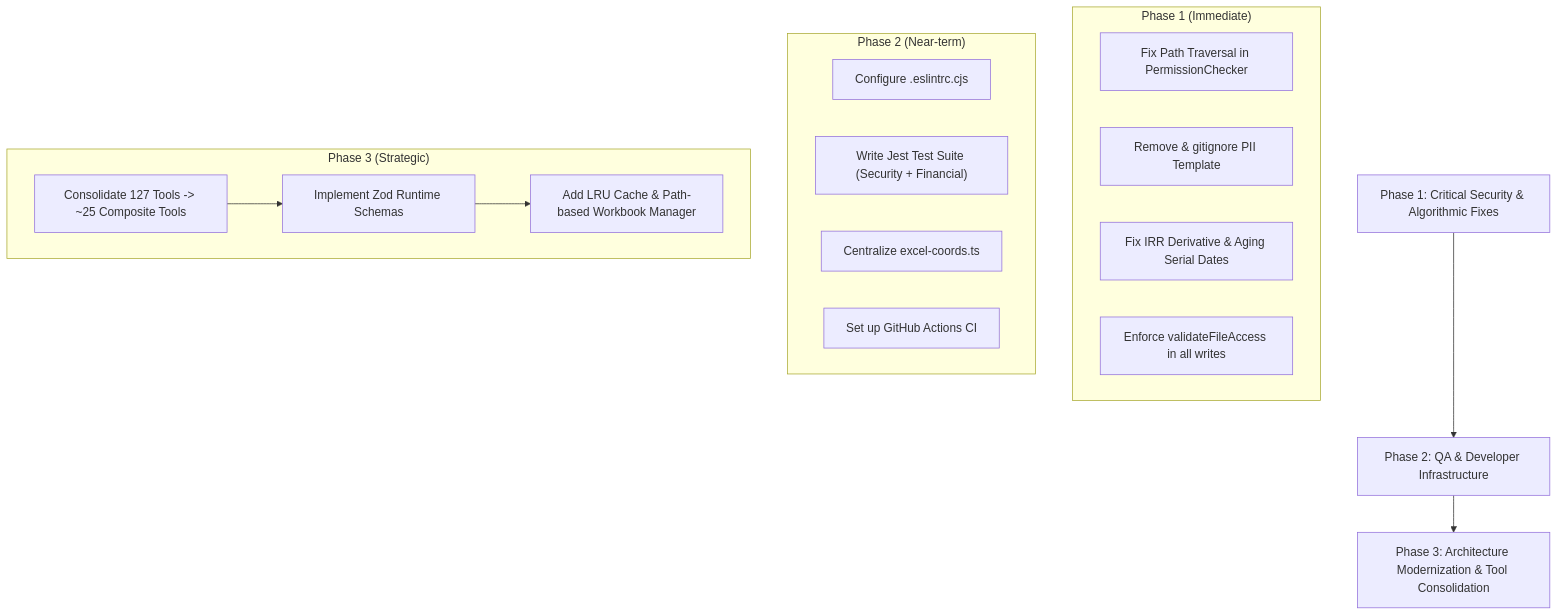
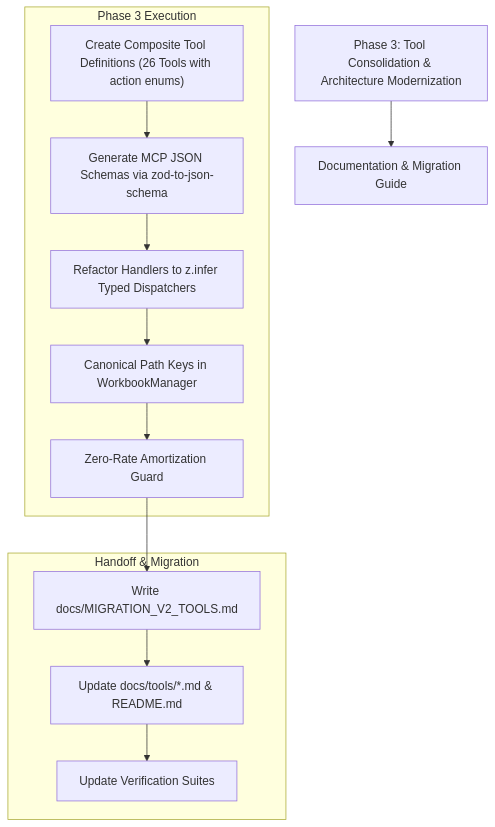
Before and after one commit to az-coder-123/excel-mcp: the diagram in docs/PROJECT_AUDIT_REPORT.md, drawn with Mermaid. The commit also changed other lines of this file and 8 other files, not shown here.

````diff
--- a/docs/PROJECT_AUDIT_REPORT.md
+++ b/docs/PROJECT_AUDIT_REPORT.md
@@ -250,25 +83,20 @@
 ```mermaid
 graph TD
-    A[Phase 1: Critical Security & Algorithmic Fixes] --> B[Phase 2: QA & Developer Infrastructure]
-    B --> C[Phase 3: Architecture Modernization & Tool Consolidation]
+    A[Phase 3: Tool Consolidation & Architecture Modernization] --> B[Documentation & Migration Guide]
 
-    subgraph "Phase 1 (Immediate)"
-        A1["Fix Path Traversal in PermissionChecker"]
-        A2["Remove & gitignore PII Template"]
-        A3["Fix IRR Derivative & Aging Serial Dates"]
-        A4["Enforce validateFileAccess in all writes"]
+    subgraph "Phase 3 Execution"
+        A1["Create Composite Tool Definitions (26 Tools with action enums)"]
+        A2["Generate MCP JSON Schemas via zod-to-json-schema"]
+        A3["Refactor Handlers to z.infer Typed Dispatchers"]
+        A4["Canonical Path Keys in WorkbookManager"]
+        A5["Zero-Rate Amortization Guard"]
     end
 
-    subgraph "Phase 2 (Near-term)"
-        B1["Configure .eslintrc.cjs"]
-        B2["Write Jest Test Suite (Security + Financial)"]
-        B3["Centralize excel-coords.ts"]
-        B4["Set up GitHub Actions CI"]
+    subgraph "Handoff & Migration"
+        B1["Write docs/MIGRATION_V2_TOOLS.md"]
+        B2["Update docs/tools/*.md & README.md"]
+        B3["Update Verification Suites"]
     end
 
-    subgraph "Phase 3 (Strategic)"
-        C1["Consolidate 127 Tools -> ~25 Composite Tools"]
-        C1 --> C2["Implement Zod Runtime Schemas"]
-        C2 --> C3["Add LRU Cache & Path-based Workbook Manager"]
-    end
+    A1 --> A2 --> A3 --> A4 --> A5 --> B1 --> B2 --> B3
 ```
````
